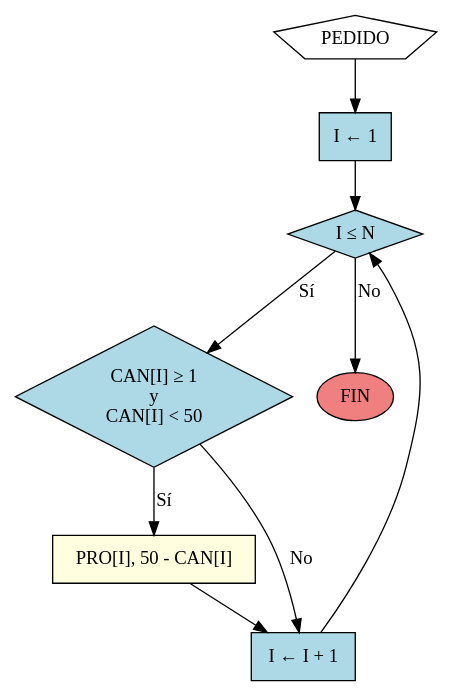
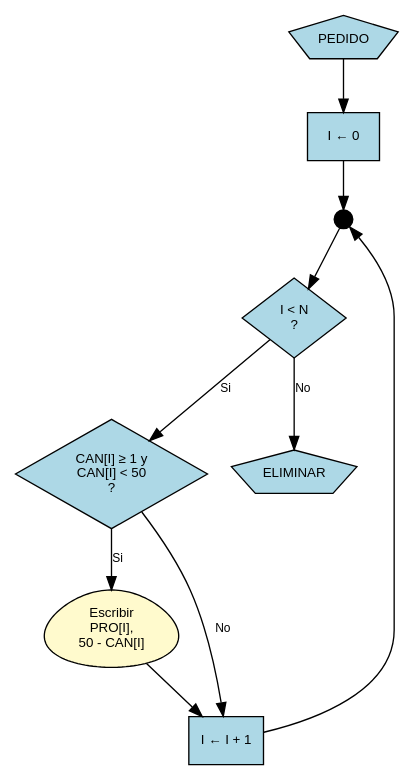
The diagram in diagramas/problema_4_22_parte_c.dot (D1egoXD/JAVA-TICS), drawn with Graphviz before and after one commit. The commit also changed 4 other files, not shown here.

Commit message:
Actualizar problema 4.22 - Gestión de inventario según estructura del código

```diff
--- a/diagramas/problema_4_22_parte_c.dot
+++ b/diagramas/problema_4_22_parte_c.dot
@@ -1,23 +1,26 @@
-digraph problema_4_22_parte_c {
+digraph Inventario_Parte_C {
     rankdir=TB;
-    node [shape=box, style=filled];
+    node [shape=box, style=filled, fontname="Arial", fontsize=10];
+    edge [fontname="Arial", fontsize=9];
 
     // Nodos
-    conector_pedido [label="PEDIDO", shape=pentagon, fillcolor=white];
-    asignar_i [label="I ← 1", fillcolor=lightblue];
-    ciclo [label="I ≤ N", shape=diamond, fillcolor=lightblue];
-    condicion [label="CAN[I] ≥ 1\ny\nCAN[I] < 50", shape=diamond, fillcolor=lightblue];
-    imprimir [label="PRO[I], 50 - CAN[I]", fillcolor=lightyellow];
-    incremento [label="I ← I + 1", fillcolor=lightblue];
-    fin [label="FIN", shape=oval, fillcolor=lightcoral];
+    conectorPedido [label="PEDIDO", shape=pentagon, fillcolor="#ADD8E6", color=black, fontcolor=black];
+    initI [label="I ← 0", shape=box, fillcolor="#ADD8E6", color=black, fontcolor=black];
+    converge1 [label="", shape=circle, width=0.2, height=0.2, fillcolor=black, color=black];
+    ciclo [label="I < N\n?", shape=diamond, fillcolor="#ADD8E6", color=black, fontcolor=black];
+    condicion [label="CAN[I] ≥ 1 y\nCAN[I] < 50\n?", shape=diamond, fillcolor="#ADD8E6", color=black, fontcolor=black];
+    imprimir [label="Escribir\nPRO[I],\n50 - CAN[I]", shape=egg, fillcolor="#FFFACD", color=black, fontcolor=black];
+    incremento [label="I ← I + 1", shape=box, fillcolor="#ADD8E6", color=black, fontcolor=black];
+    conectorEliminar [label="ELIMINAR", shape=pentagon, fillcolor="#ADD8E6", color=black, fontcolor=black];
 
     // Conexiones
-    conector_pedido -> asignar_i;
-    asignar_i -> ciclo;
-    ciclo -> condicion [label="Sí"];
-    ciclo -> fin [label="No"];
-    condicion -> imprimir [label="Sí"];
+    conectorPedido -> initI;
+    initI -> converge1;
+    converge1 -> ciclo;
+    ciclo -> condicion [label="Si"];
+    ciclo -> conectorEliminar [label="No"];
+    condicion -> imprimir [label="Si"];
     condicion -> incremento [label="No"];
     imprimir -> incremento;
-    incremento -> ciclo;
+    incremento -> converge1;
 }
```
